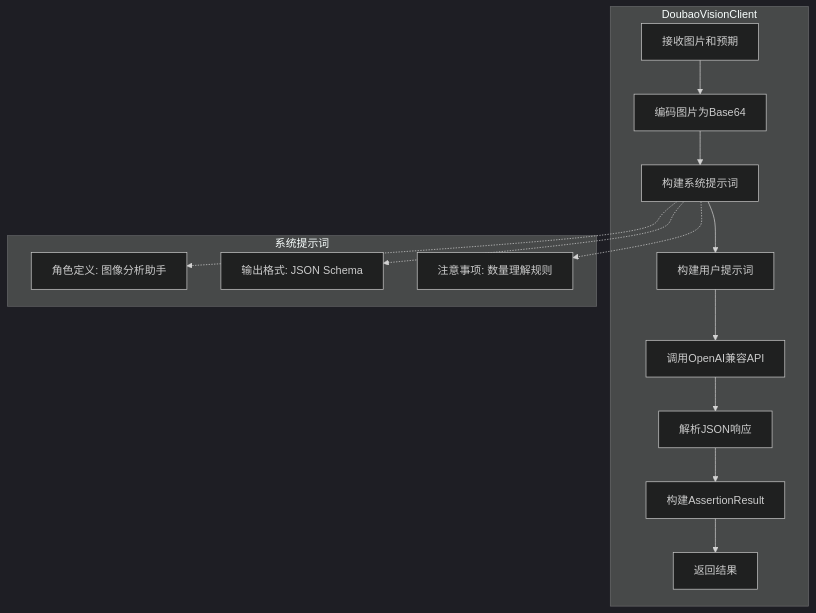
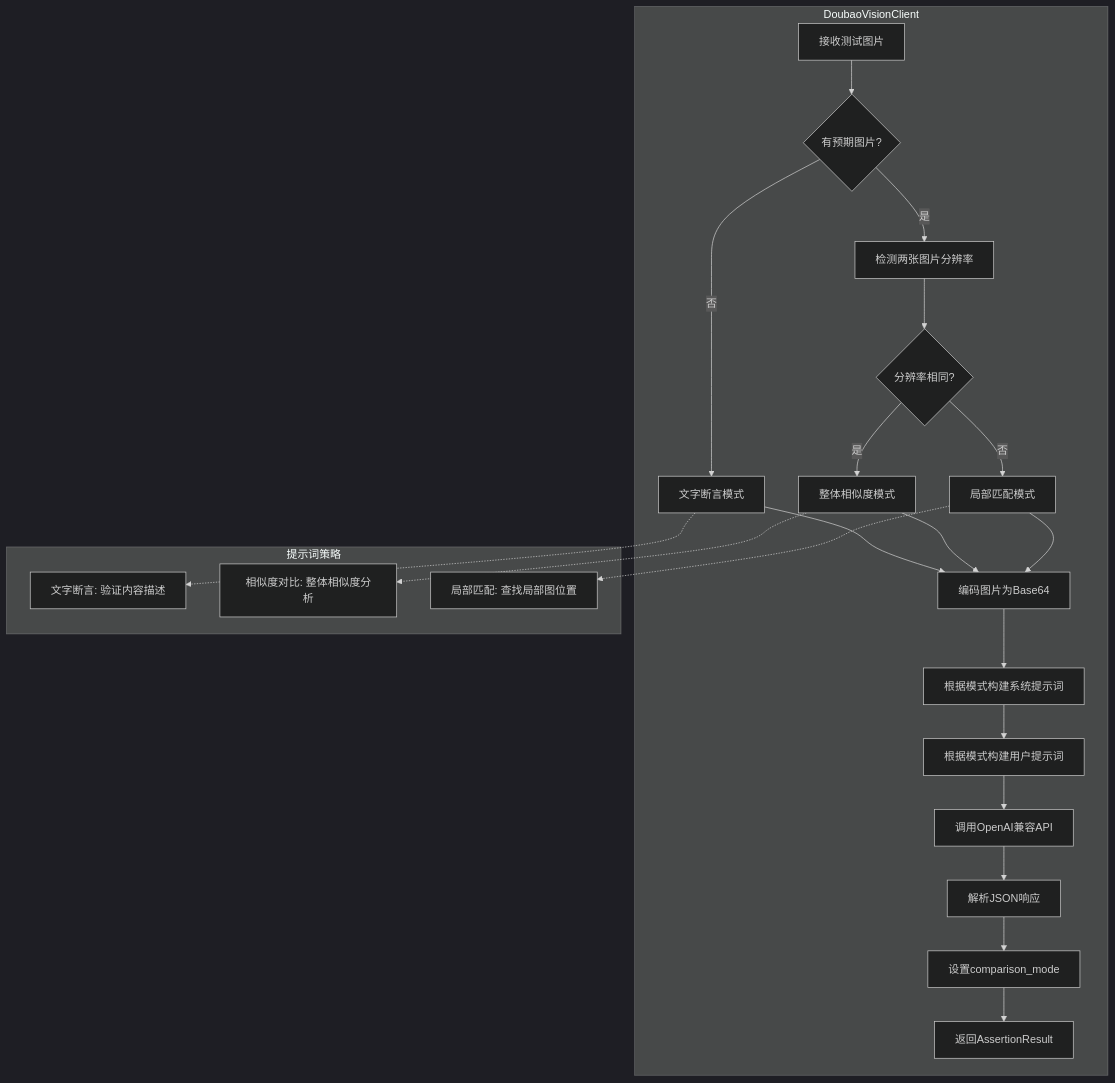
Before and after one commit to chengchaoccss/all_stody_notes: the tenth of 13 diagrams in image_assertion_agent/docs/TECHNICAL_DOC.md, drawn with Mermaid (dark theme). The commit also changed other lines of this file, not shown here.

First line of the commit message:
docs: 更新技术文档，添加双图对比和智能对比模式说明

````diff
--- a/image_assertion_agent/docs/TECHNICAL_DOC.md
+++ b/image_assertion_agent/docs/TECHNICAL_DOC.md
@@ -529,22 +666,32 @@
 ```mermaid
 flowchart TB
     subgraph DoubaoVisionClient
-        A[接收图片和预期] --> B[编码图片为Base64]
-        B --> C[构建系统提示词]
-        C --> D[构建用户提示词]
-        D --> E[调用OpenAI兼容API]
-        E --> F[解析JSON响应]
-        F --> G[构建AssertionResult]
-        G --> H[返回结果]
+        A[接收测试图片] --> A1{有预期图片?}
+        A1 -->|是| B[检测两张图片分辨率]
+        A1 -->|否| C1[文字断言模式]
+        B --> B1{分辨率相同?}
+        B1 -->|是| C2[整体相似度模式]
+        B1 -->|否| C3[局部匹配模式]
+
+        C1 --> D[编码图片为Base64]
+        C2 --> D
+        C3 --> D
+
+        D --> E[根据模式构建系统提示词]
+        E --> F[根据模式构建用户提示词]
+        F --> G[调用OpenAI兼容API]
+        G --> H[解析JSON响应]
+        H --> I[设置comparison_mode]
+        I --> J[返回AssertionResult]
     end
 
-    subgraph 系统提示词
-        S1["角色定义: 图像分析助手"]
-        S2["输出格式: JSON Schema"]
-        S3["注意事项: 数量理解规则"]
+    subgraph 提示词策略
+        P1["文字断言: 验证内容描述"]
+        P2["相似度对比: 整体相似度分析"]
+        P3["局部匹配: 查找局部图位置"]
     end
 
-    C -.-> S1
-    C -.-> S2
-    C -.-> S3
+    C1 -.-> P1
+    C2 -.-> P2
+    C3 -.-> P3
 ```
````
